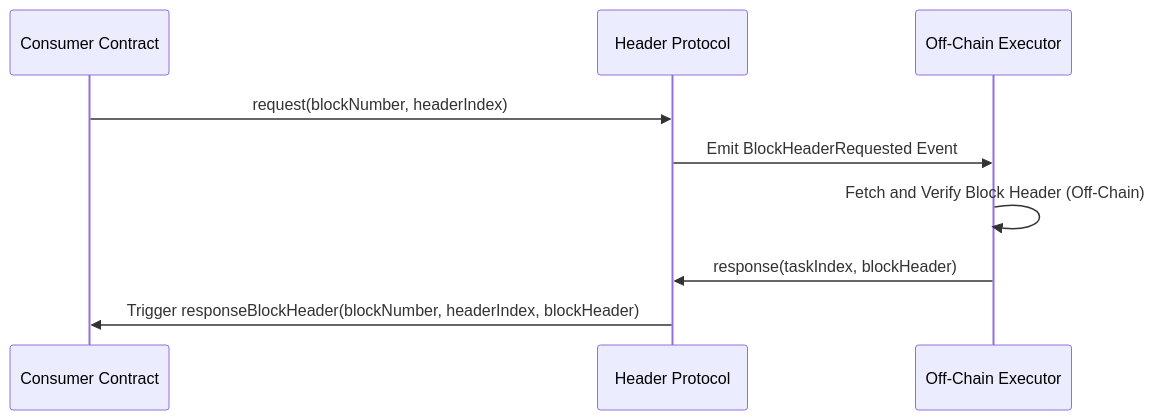
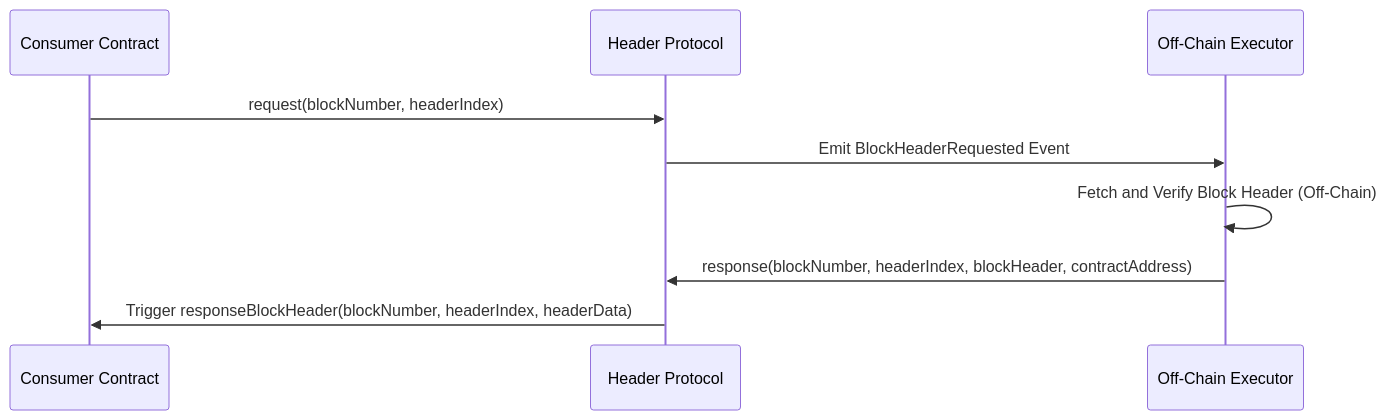
One commit to headerprotocol/headerprotocol changed the diagram in README.md. Above: the diagram before and after it, drawn with Mermaid. The commit also changed other lines of this file and 5 other files, not shown here.

````diff
--- a/README.md
+++ b/README.md
@@ -286,12 +230,12 @@
 ```mermaid
 sequenceDiagram
     participant User as Consumer Contract
     participant Protocol as Header Protocol
     participant Executor as Off-Chain Executor
 
     User->>Protocol: request(blockNumber, headerIndex)
     Protocol->>Executor: Emit BlockHeaderRequested Event
     Executor->>Executor: Fetch and Verify Block Header (Off-Chain)
-    Executor->>Protocol: response(taskIndex, blockHeader)
-    Protocol->>User: Trigger responseBlockHeader(blockNumber, headerIndex, blockHeader)
+    Executor->>Protocol: response(blockNumber, headerIndex, blockHeader, contractAddress)
+    Protocol->>User: Trigger responseBlockHeader(blockNumber, headerIndex, headerData)
 ```
````
